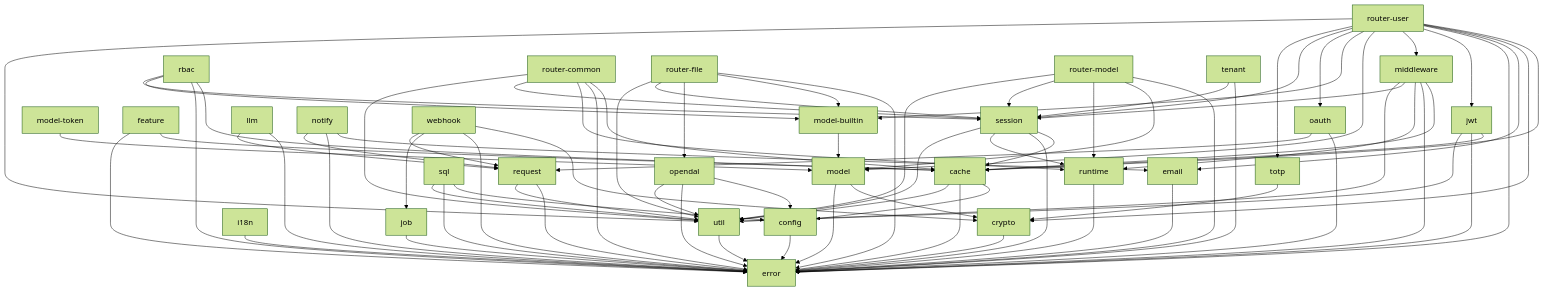
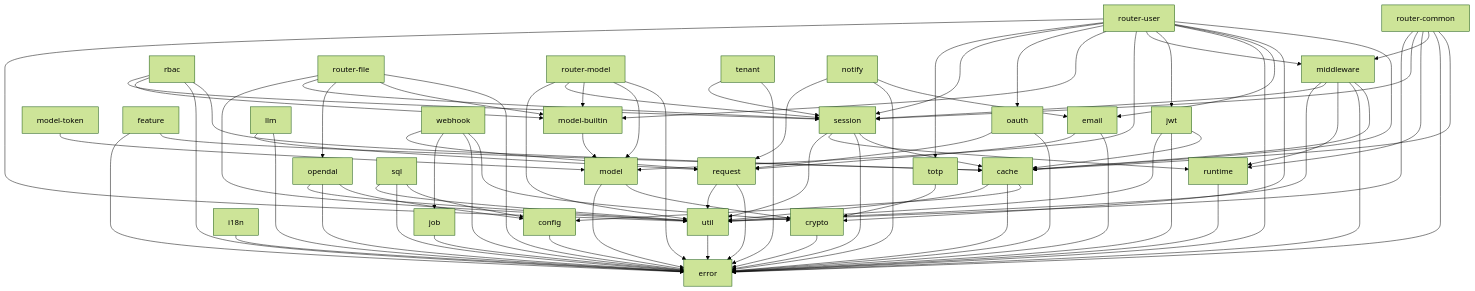
Before and after one commit to vicanso/tibba: the diagram in docs/modules.md, drawn with Mermaid (forest theme). The commit also changed 86 other files, not shown here.

First line of the commit message:
feat(standard)!: harden standard crates, auth flows, middleware stack and routers

```diff
--- a/docs/modules.md
+++ b/docs/modules.md
@@ -15,8 +15,6 @@
     config --> error
 
     crypto --> error
-
-    email --> error
 
     i18n --> error
 
@@ -62,12 +60,11 @@
     session --> runtime
     session --> util
 
+    email --> error
+    email --> request
+
     llm --> error
     llm --> request
-
-    notify --> email
-    notify --> error
-    notify --> request
 
     oauth --> error
     oauth --> request
@@ -88,12 +85,6 @@
     rbac --> model-builtin
     rbac --> session
 
-    router-common --> cache
-    router-common --> error
-    router-common --> runtime
-    router-common --> session
-    router-common --> util
-
     router-file --> error
     router-file --> model-builtin
     router-file --> opendal
@@ -102,12 +93,23 @@
 
     router-model --> error
     router-model --> model
-    router-model --> runtime
+    router-model --> model-builtin
     router-model --> session
     router-model --> util
 
     tenant --> error
     tenant --> session
+
+    notify --> email
+    notify --> error
+    notify --> request
+
+    router-common --> cache
+    router-common --> error
+    router-common --> middleware
+    router-common --> runtime
+    router-common --> session
+    router-common --> util
 
     router-user --> cache
     router-user --> crypto
```
